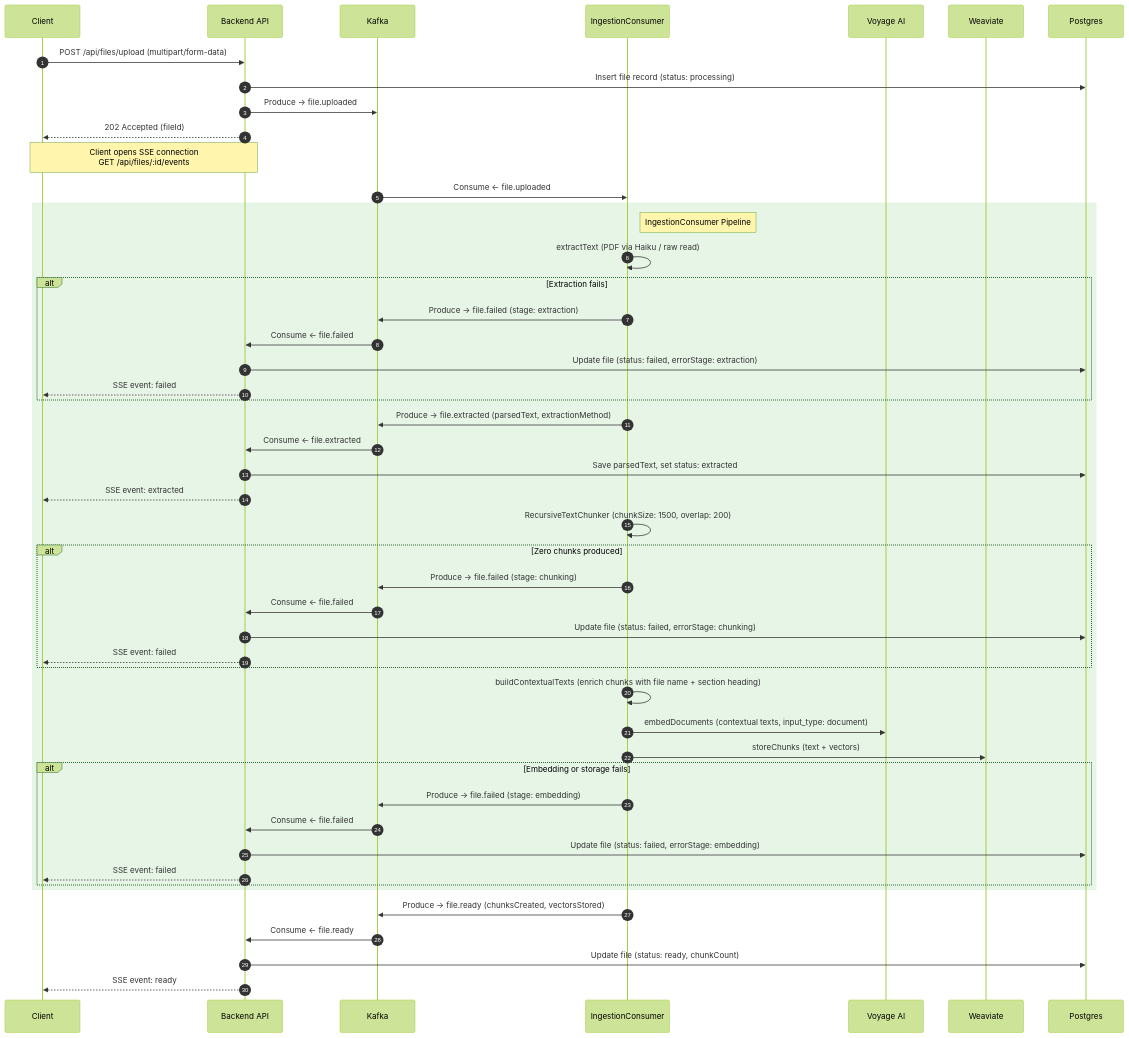
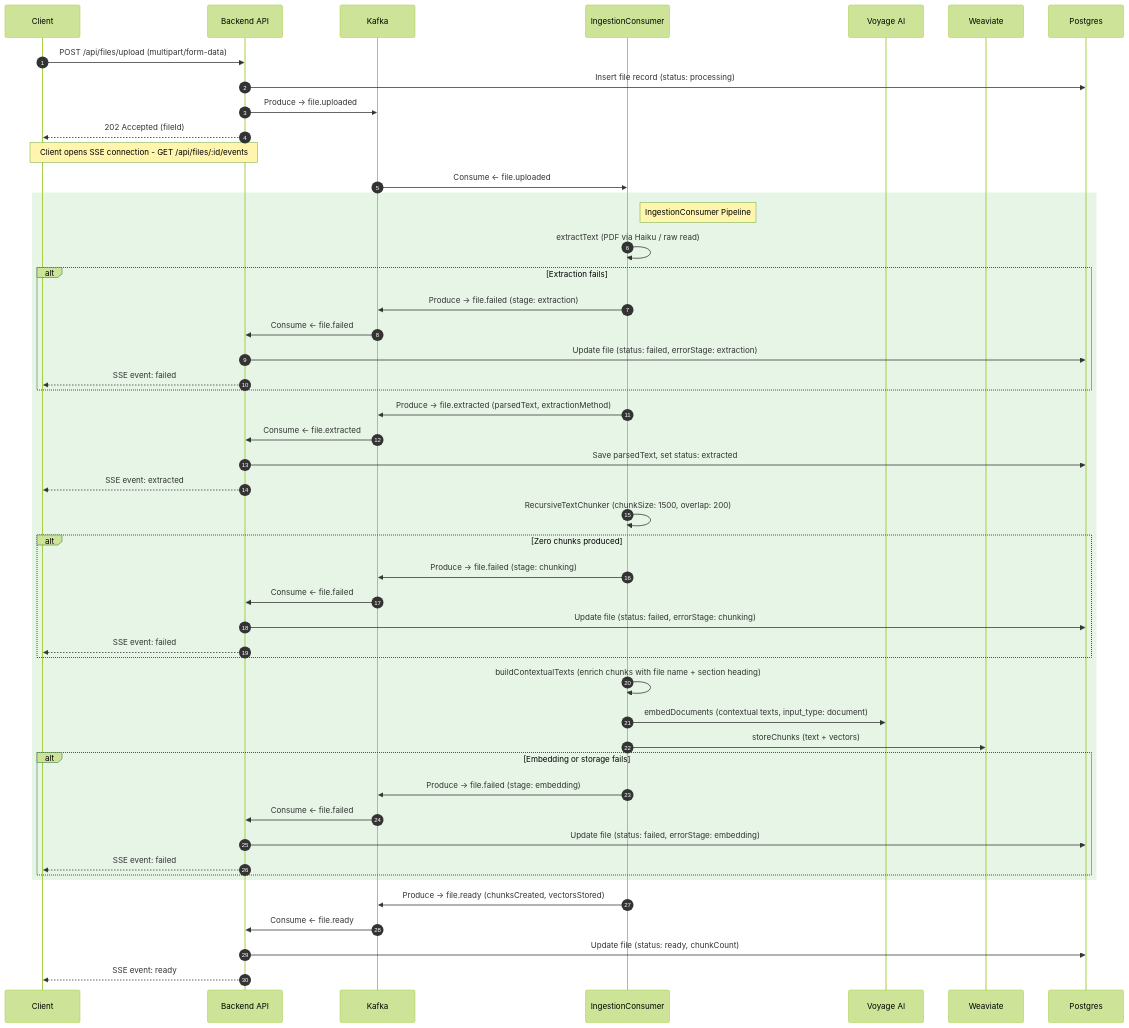
One commit to JackTran15/files-assistant-system changed the second of 6 diagrams in docs/scenarios.md. Above: the diagram before and after it, drawn with Mermaid (forest theme). The commit also changed other lines of this file and 8 other files, not shown here.

````diff
--- a/docs/scenarios.md
+++ b/docs/scenarios.md
@@ -68,59 +68,59 @@
 ```mermaid
 sequenceDiagram
     autonumber
     participant Client
     participant Backend as Backend API
     participant Kafka
     participant Agent as IngestionConsumer
     participant Voyage as Voyage AI
     participant Weaviate
     participant Postgres
 
     Client->>Backend: POST /api/files/upload (multipart/form-data)
     Backend->>Postgres: Insert file record (status: processing)
     Backend->>Kafka: Produce -> file.uploaded
     Backend-->>Client: 202 Accepted (fileId)
 
-    Note over Client,Backend: Client opens SSE connection<br/>GET /api/files/:id/events
+    Note over Client,Backend: Client opens SSE connection - GET /api/files/:id/events
 
     Kafka->>Agent: Consume <- file.uploaded
 
     rect rgb(230, 245, 230)
         Note right of Agent: IngestionConsumer Pipeline
         Agent->>Agent: extractText (PDF via Haiku / raw read)
         alt Extraction fails
             Agent->>Kafka: Produce -> file.failed (stage: extraction)
             Kafka->>Backend: Consume <- file.failed
             Backend->>Postgres: Update file (status: failed, errorStage: extraction)
             Backend-->>Client: SSE event: failed
         end
 
         Agent->>Kafka: Produce -> file.extracted (parsedText, extractionMethod)
         Kafka->>Backend: Consume <- file.extracted
         Backend->>Postgres: Save parsedText, set status: extracted
         Backend-->>Client: SSE event: extracted
 
         Agent->>Agent: RecursiveTextChunker (chunkSize: 1500, overlap: 200)
         alt Zero chunks produced
             Agent->>Kafka: Produce -> file.failed (stage: chunking)
             Kafka->>Backend: Consume <- file.failed
             Backend->>Postgres: Update file (status: failed, errorStage: chunking)
             Backend-->>Client: SSE event: failed
         end
 
         Agent->>Agent: buildContextualTexts (enrich chunks with file name + section heading)
         Agent->>Voyage: embedDocuments (contextual texts, input_type: document)
         Agent->>Weaviate: storeChunks (text + vectors)
         alt Embedding or storage fails
             Agent->>Kafka: Produce -> file.failed (stage: embedding)
             Kafka->>Backend: Consume <- file.failed
             Backend->>Postgres: Update file (status: failed, errorStage: embedding)
             Backend-->>Client: SSE event: failed
         end
     end
 
     Agent->>Kafka: Produce -> file.ready (chunksCreated, vectorsStored)
     Kafka->>Backend: Consume <- file.ready
     Backend->>Postgres: Update file (status: ready, chunkCount)
     Backend-->>Client: SSE event: ready
 ```
````
